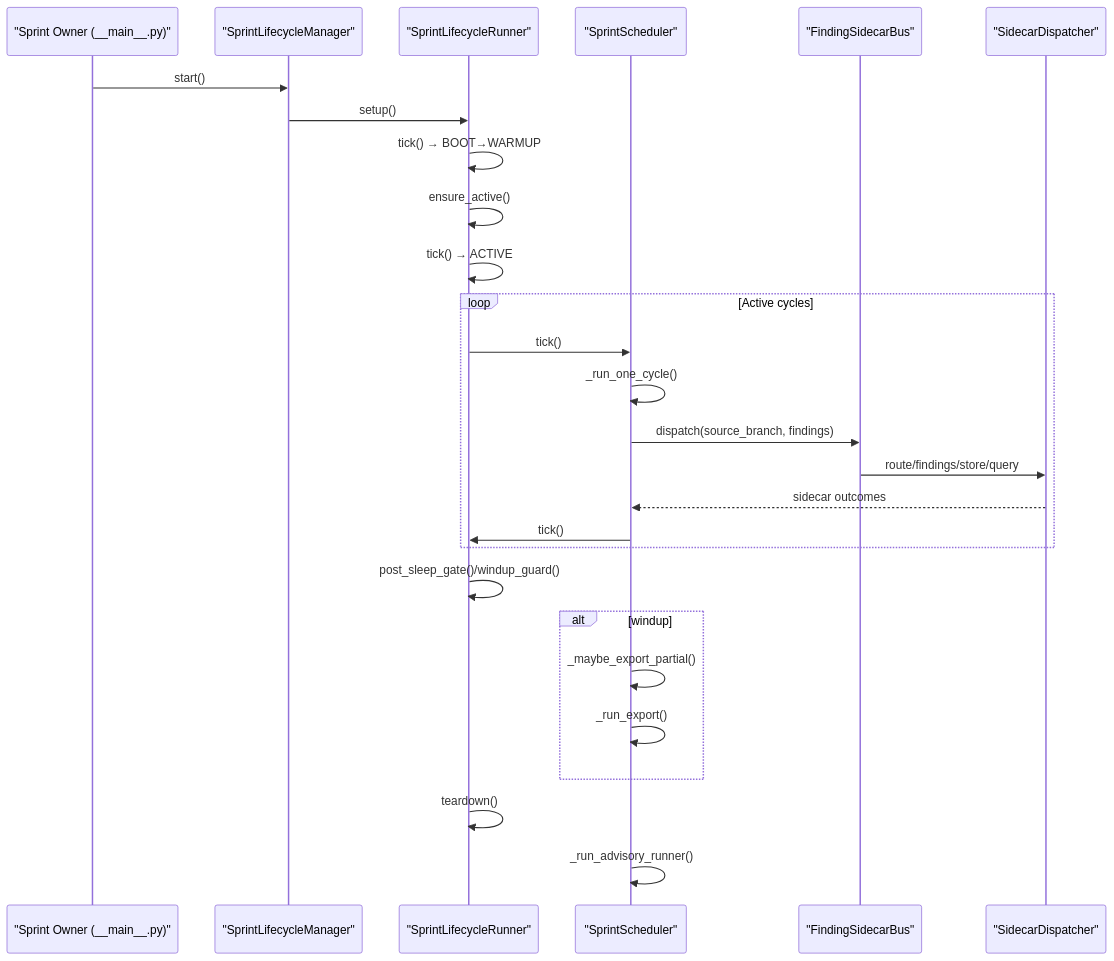
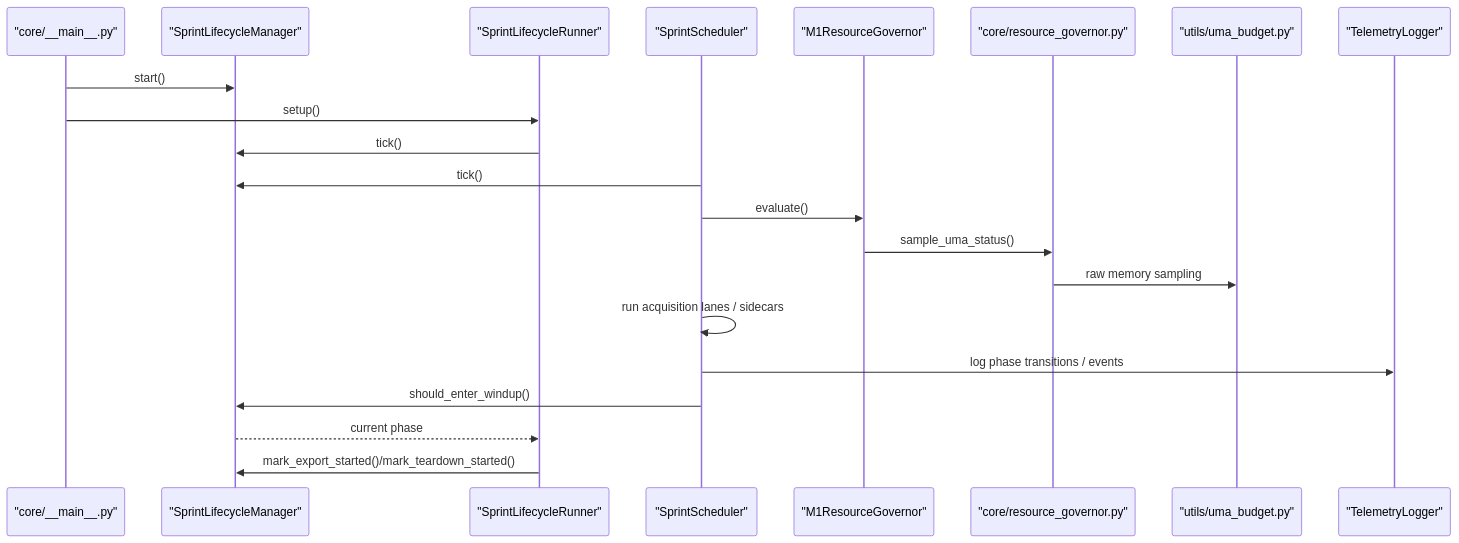
Before and after one commit to Hamulda/hledac-universal: the second of 7 diagrams in .qoder/repowiki/en/content/Runtime Management/Runtime Management.md, drawn with Mermaid. The commit also changed other lines of this file and 236 other files, not shown here.

Commit message:
feat: F234 prelive gate, acquisition strategy and sprint scheduler improvements

````diff
--- a/.qoder/repowiki/en/content/Runtime Management/Runtime Management.md
+++ b/.qoder/repowiki/en/content/Runtime Management/Runtime Management.md
@@ -143,29 +103,23 @@
 ```mermaid
 sequenceDiagram
-participant Owner as "Sprint Owner (__main__.py)"
-participant Life as "SprintLifecycleManager"
+participant Orchestrator as "core/__main__.py"
+participant Lifecycle as "SprintLifecycleManager"
 participant Runner as "SprintLifecycleRunner"
-participant Sched as "SprintScheduler"
-participant Bus as "FindingSidecarBus"
-participant Disp as "SidecarDispatcher"
-Owner->>Life : start()
-Life->>Runner : setup()
-Runner->>Runner : tick() → BOOT→WARMUP
-Runner->>Runner : ensure_active()
-Runner->>Runner : tick() → ACTIVE
-loop Active cycles
-Runner->>Sched : tick()
-Sched->>Sched : _run_one_cycle()
-Sched->>Bus : dispatch(source_branch, findings)
-Bus->>Disp : route/findings/store/query
-Disp-->>Sched : sidecar outcomes
-Sched->>Runner : tick()
-end
-Runner->>Runner : post_sleep_gate()/windup_guard()
-alt windup
-Sched->>Sched : _maybe_export_partial()
-Sched->>Sched : _run_export()
-end
-Runner->>Runner : teardown()
-Sched->>Sched : _run_advisory_runner()
+participant Scheduler as "SprintScheduler"
+participant Governor as "M1ResourceGovernor"
+participant Policy as "core/resource_governor.py"
+participant Sampler as "utils/uma_budget.py"
+participant Telemetry as "TelemetryLogger"
+Orchestrator->>Lifecycle : start()
+Orchestrator->>Runner : setup()
+Runner->>Lifecycle : tick()
+Scheduler->>Lifecycle : tick()
+Scheduler->>Governor : evaluate()
+Governor->>Policy : sample_uma_status()
+Policy->>Sampler : raw memory sampling
+Scheduler->>Scheduler : run acquisition lanes / sidecars
+Scheduler->>Telemetry : log phase transitions / events
+Scheduler->>Lifecycle : should_enter_windup()
+Lifecycle-->>Runner : current phase
+Runner->>Lifecycle : mark_export_started()/mark_teardown_started()
 ```
````
